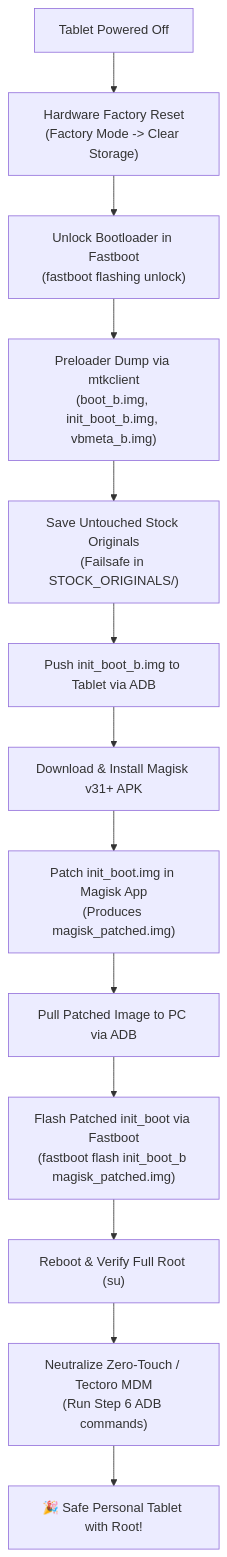
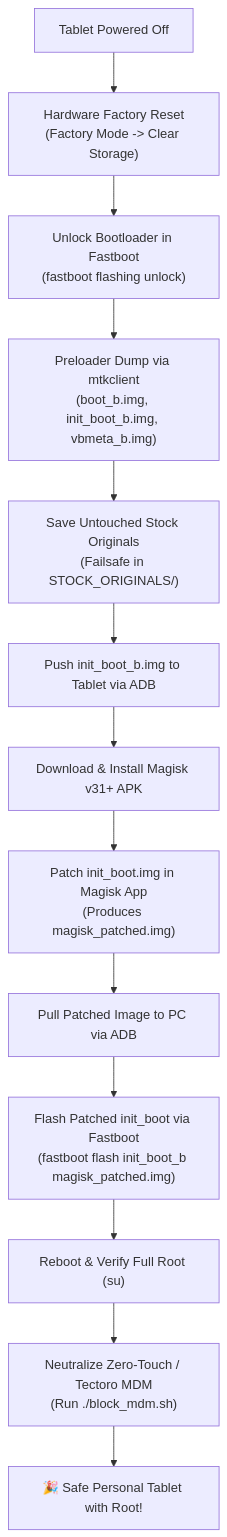
One commit to codeturbulent/Acerone8_ changed the diagram in README.md. Above: the diagram before and after it, drawn with Mermaid. The commit also changed other lines of this file and 1 other file, not shown here.

Commit message:
Add root block_mdm.sh script for 1-click execution and update README.md

````diff
--- a/README.md
+++ b/README.md
@@ -31,15 +31,15 @@
 ```mermaid
 flowchart TD
     A["Tablet Powered Off"] --> B["Hardware Factory Reset<br/>(Factory Mode -> Clear Storage)"]
     B --> C["Unlock Bootloader in Fastboot<br/>(fastboot flashing unlock)"]
     C --> D["Preloader Dump via mtkclient<br/>(boot_b.img, init_boot_b.img, vbmeta_b.img)"]
     D --> E["Save Untouched Stock Originals<br/>(Failsafe in STOCK_ORIGINALS/)"]
     E --> F["Push init_boot_b.img to Tablet via ADB"]
     F --> G["Download & Install Magisk v31+ APK"]
     G --> H["Patch init_boot.img in Magisk App<br/>(Produces magisk_patched.img)"]
     H --> I["Pull Patched Image to PC via ADB"]
     I --> J["Flash Patched init_boot via Fastboot<br/>(fastboot flash init_boot_b magisk_patched.img)"]
     J --> K["Reboot & Verify Full Root (su)"]
-    K --> L["Neutralize Zero-Touch / Tectoro MDM<br/>(Run Step 6 ADB commands)"]
+    K --> L["Neutralize Zero-Touch / Tectoro MDM<br/>(Run ./block_mdm.sh)"]
     L --> M["🎉 Safe Personal Tablet with Root!"]
 ```
````
